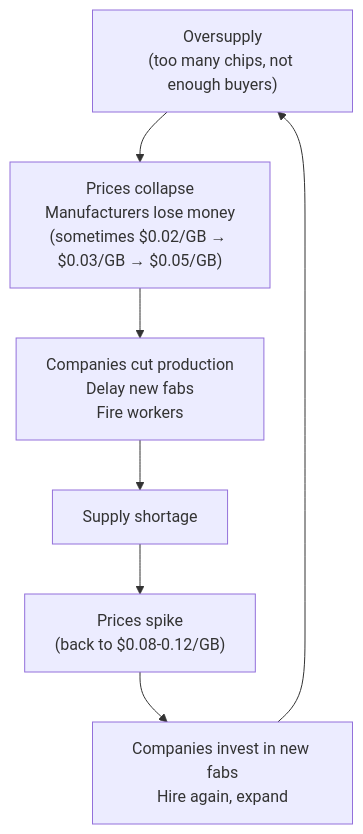
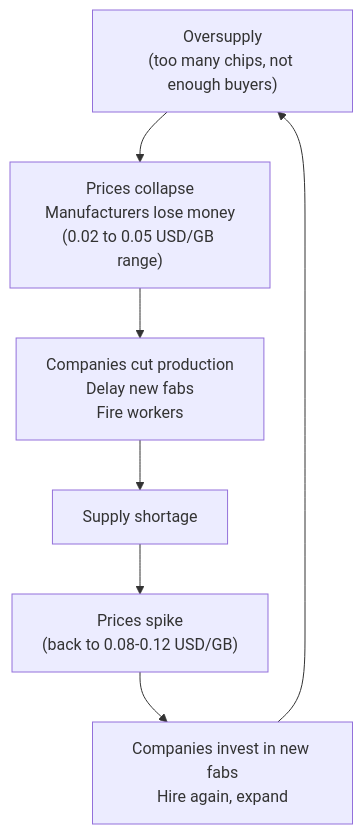
The seventh of 11 diagrams in Chapter_07_Storage_Deep_Dive.md (peterlyeung/Learn_Semiconductors), drawn with Mermaid before and after one commit. The commit also changed other lines of this file and 3 other files, not shown here.

Commit message:
Fix Mermaid KaTeX errors: replace all dollar signs in diagram node labels

````diff
--- a/Chapter_07_Storage_Deep_Dive.md
+++ b/Chapter_07_Storage_Deep_Dive.md
@@ -187,10 +187,10 @@
 ```mermaid
 flowchart TD
     Oversupply["Oversupply\n(too many chips, not enough buyers)"]
-    Oversupply --> PriceFall["Prices collapse\nManufacturers lose money\n(sometimes $0.02/GB → $0.03/GB → $0.05/GB)"]
+    Oversupply --> PriceFall["Prices collapse\nManufacturers lose money\n(0.02 to 0.05 USD/GB range)"]
     PriceFall --> CutProduction["Companies cut production\nDelay new fabs\nFire workers"]
     CutProduction --> Shortage["Supply shortage"]
-    Shortage --> PriceRise["Prices spike\n(back to $0.08-0.12/GB)"]
+    Shortage --> PriceRise["Prices spike\n(back to 0.08-0.12 USD/GB)"]
     PriceRise --> CapEx["Companies invest in new fabs\nHire again, expand"]
     CapEx --> Oversupply
 ```
````
